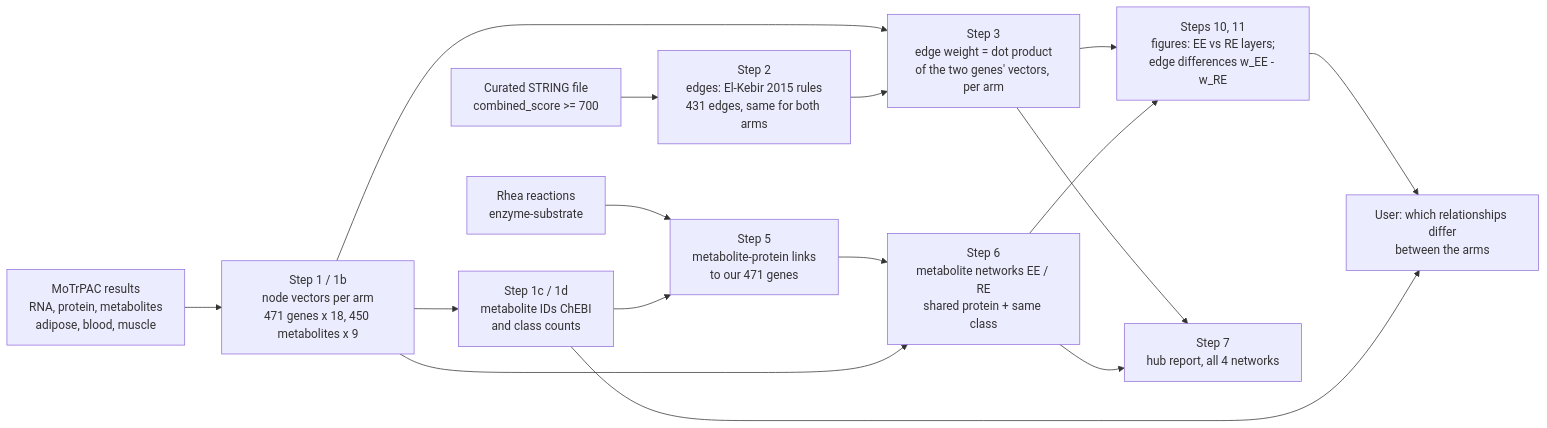
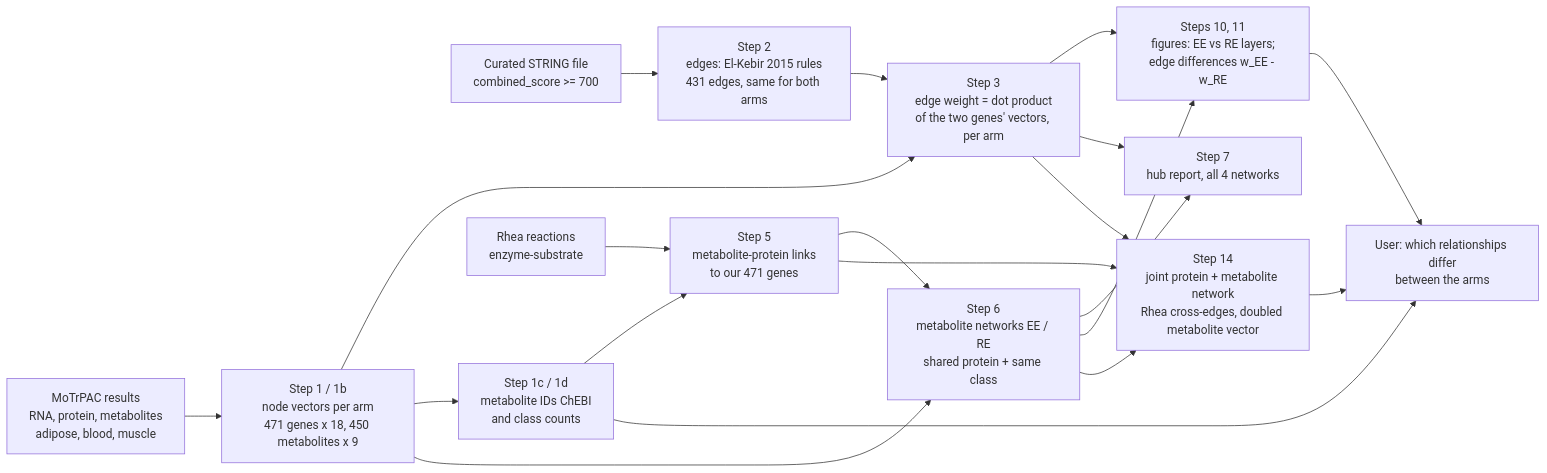
One commit to Stanford-Bioinformatics-Center/multiomics-hackathon-2026-track-1 changed the diagram in network/README.md. Above: the diagram before and after it, drawn with Mermaid. The commit also changed other lines of this file and 3 other files, not shown here.

First line of the commit message:
Step 14: joint protein + metabolite network (Rhea cross-edges, doubled metabolite embedding); T2D step renumbered to 15

````diff
--- a/network/README.md
+++ b/network/README.md
@@ -43,18 +43,22 @@
 ```mermaid
 flowchart LR
   A[MoTrPAC results<br/>RNA, protein, metabolites<br/>adipose, blood, muscle] --> B[Step 1 / 1b<br/>node vectors per arm<br/>471 genes x 18, 450 metabolites x 9]
   S[Curated STRING file<br/>combined_score >= 700] --> C[Step 2<br/>edges: El-Kebir 2015 rules<br/>431 edges, same for both arms]
   B --> D[Step 3<br/>edge weight = dot product<br/>of the two genes' vectors, per arm]
   C --> D
   B --> F[Step 1c / 1d<br/>metabolite IDs ChEBI<br/>and class counts]
   D --> P[Steps 10, 11<br/>figures: EE vs RE layers;<br/>edge differences w_EE - w_RE]
   R[Rhea reactions<br/>enzyme-substrate] --> G[Step 5<br/>metabolite-protein links<br/>to our 471 genes]
   F --> G
   G --> H[Step 6<br/>metabolite networks EE / RE<br/>shared protein + same class]
   B --> H
   D --> K[Step 7<br/>hub report, all 4 networks]
   H --> K
   H --> P
+  D --> J[Step 14<br/>joint protein + metabolite network<br/>Rhea cross-edges, doubled metabolite vector]
+  H --> J
+  G --> J
+  J --> U
   P --> U[User: which relationships differ<br/>between the arms]
   F --> U
 ```
````
